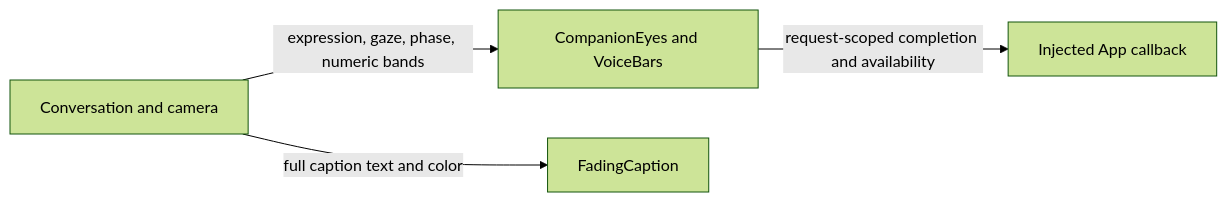
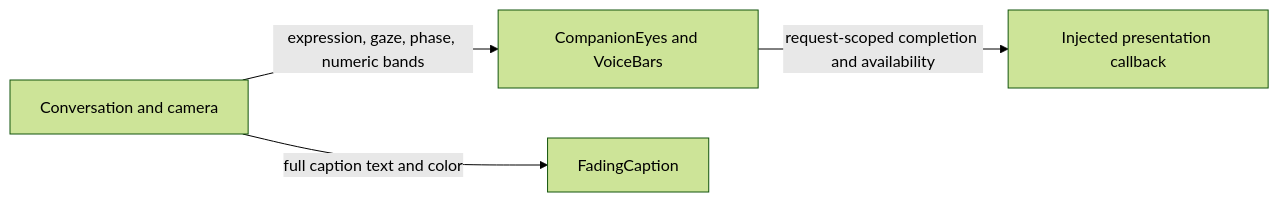
Before and after one commit to devilyouwei/MobileHarness: the diagram in MobileHarness/UI/Components/README.md, drawn with Mermaid (forest theme). The commit also changed other lines of this file and 254 other files, not shown here.

````diff
--- a/MobileHarness/UI/Components/README.md
+++ b/MobileHarness/UI/Components/README.md
@@ -15,6 +15,6 @@
 ```mermaid
 flowchart LR
  Pages[Conversation and camera] -->|expression, gaze, phase, numeric bands| Eyes[CompanionEyes and VoiceBars]
  Pages -->|full caption text and color| Caption[FadingCaption]
- Eyes -->|request-scoped completion and availability| Host[Injected App callback]
+ Eyes -->|request-scoped completion and availability| Host[Injected presentation callback]
 ```
````
